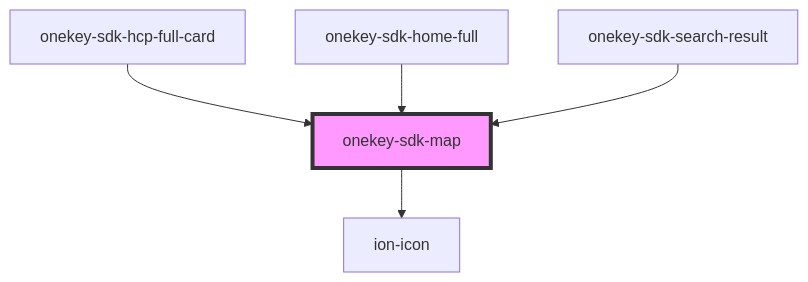
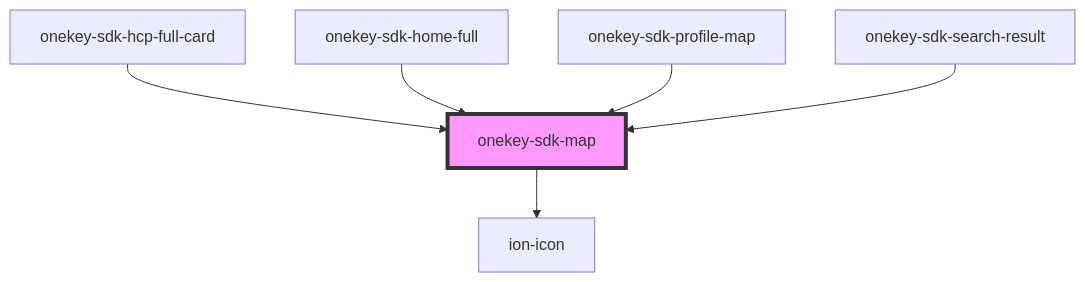
One commit to hcl-sdk/HealthCareLocatorWebSDK changed the diagram in packages/onekey-sdk-web-ui/docs/components/ui-kits/onekey-sdk-map/readme.md. Above: the diagram before and after it, drawn with Mermaid. The commit also changed other lines of this file and 3 other files, not shown here.

````diff
--- a/packages/onekey-sdk-web-ui/docs/components/ui-kits/onekey-sdk-map/readme.md
+++ b/packages/onekey-sdk-web-ui/docs/components/ui-kits/onekey-sdk-map/readme.md
@@ -48,8 +50,9 @@
 ```mermaid
 graph TD;
   onekey-sdk-map --> ion-icon
   onekey-sdk-hcp-full-card --> onekey-sdk-map
   onekey-sdk-home-full --> onekey-sdk-map
+  onekey-sdk-profile-map --> onekey-sdk-map
   onekey-sdk-search-result --> onekey-sdk-map
   style onekey-sdk-map fill:#f9f,stroke:#333,stroke-width:4px
 ```
````
